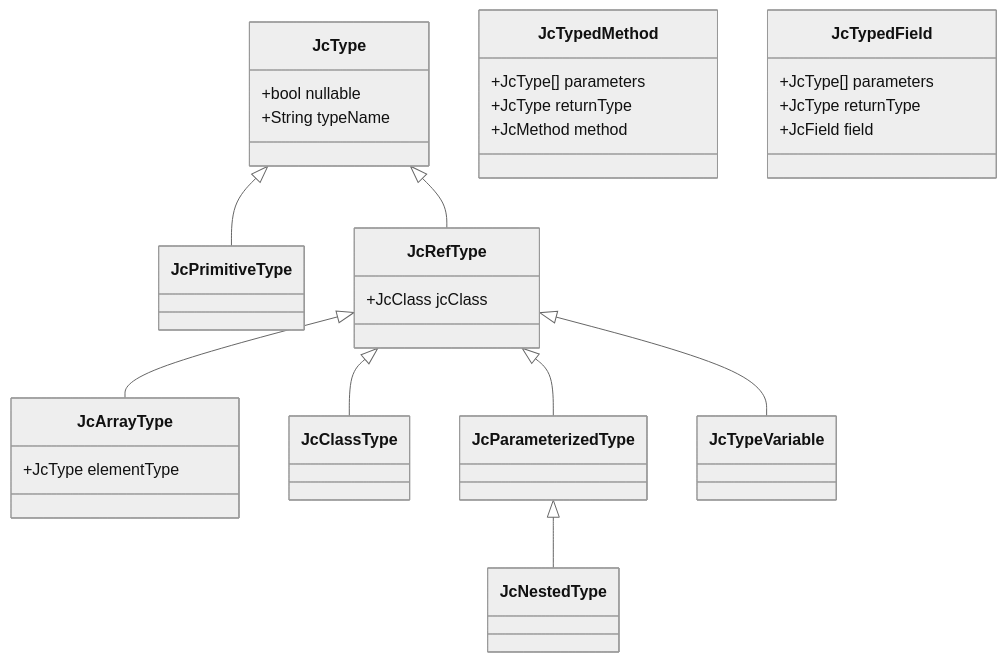
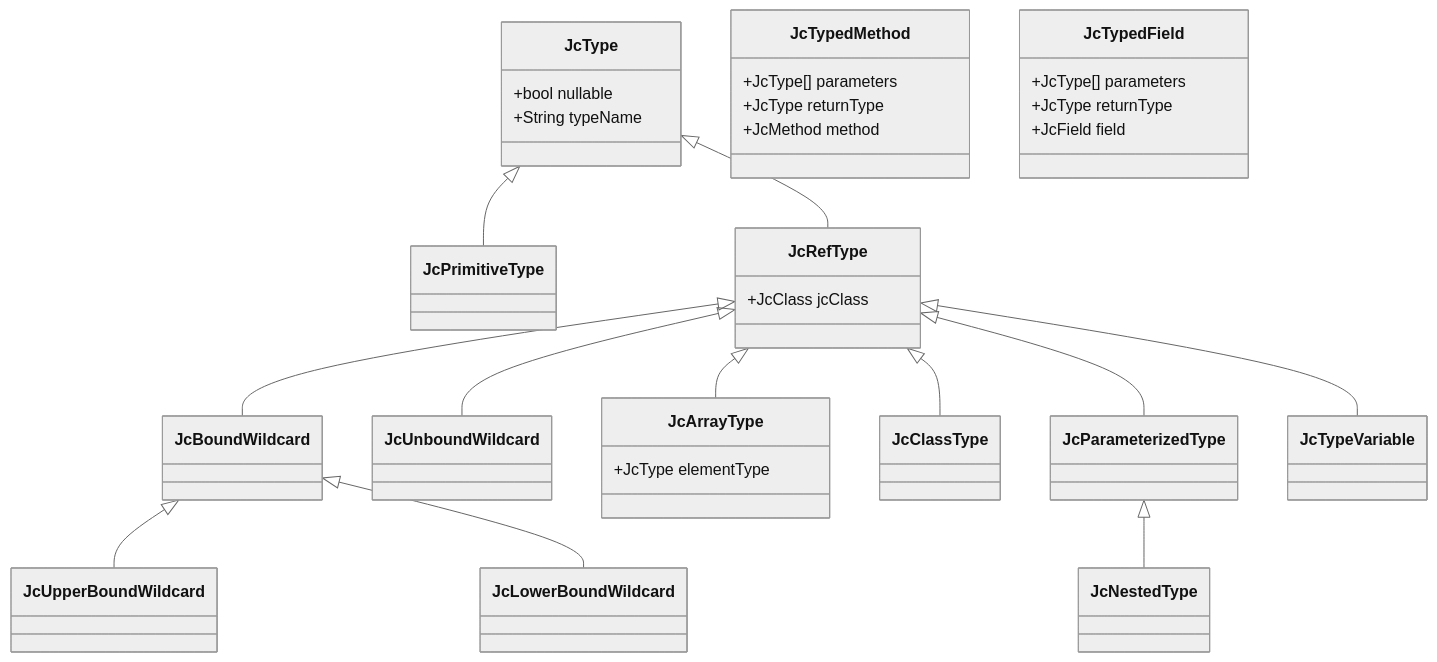
Before and after one commit to UnitTestBot/jacodb: the first of 3 diagrams in design.md, drawn with Mermaid (neutral theme). The commit also changed 19 other files, not shown here.

````diff
--- a/design.md
+++ b/design.md
@@ -25,33 +25,37 @@
 ```mermaid
 classDiagram
     JcType <|-- JcPrimitiveType
     JcType <|-- JcRefType
+    JcRefType <|-- JcBoundWildcard
+    JcRefType <|-- JcUnboundWildcard
+    JcBoundWildcard <|-- JcUpperBoundWildcard
+    JcBoundWildcard <|-- JcLowerBoundWildcard
     JcRefType <|-- JcArrayType
     JcRefType <|-- JcClassType
     JcRefType <|-- JcParameterizedType
     JcRefType <|-- JcTypeVariable
     JcParameterizedType <|-- JcNestedType
     class JcType {
       +bool nullable
       +String typeName
     }
 
     class JcRefType {
       +JcClass jcClass 
     }
     class JcArrayType {
        +JcType elementType
     }
 
     class JcTypedMethod {
       +JcType[] parameters
       +JcType returnType
       +JcMethod method
     }
 
     class JcTypedField {
       +JcType[] parameters
       +JcType returnType
       +JcField field
     }
 ``` 
````
